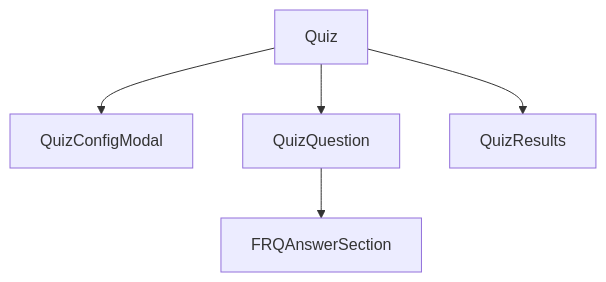
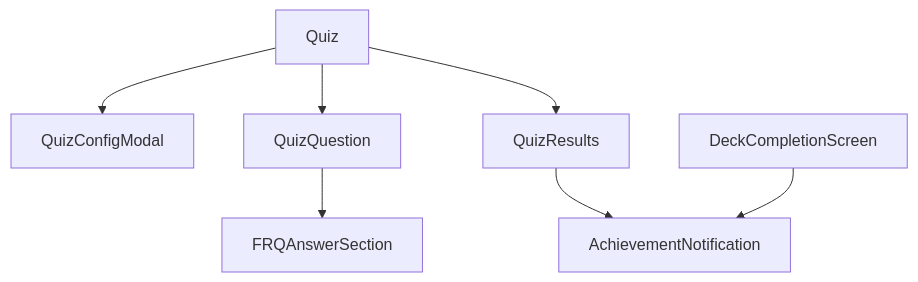
The first of 5 diagrams in memory-bank/systemPatterns.md (alexlitinsky/remevi), drawn with Mermaid before and after one commit. The commit also changed other lines of this file and 47 other files, not shown here.

````diff
--- a/memory-bank/systemPatterns.md
+++ b/memory-bank/systemPatterns.md
@@ -6,7 +6,9 @@
 ```mermaid
 graph TD
     Quiz --> QuizConfigModal
     Quiz --> QuizQuestion
     Quiz --> QuizResults
     QuizQuestion --> FRQAnswerSection
+    QuizResults --> AchievementNotification
+    DeckCompletionScreen --> AchievementNotification
 ```
````
